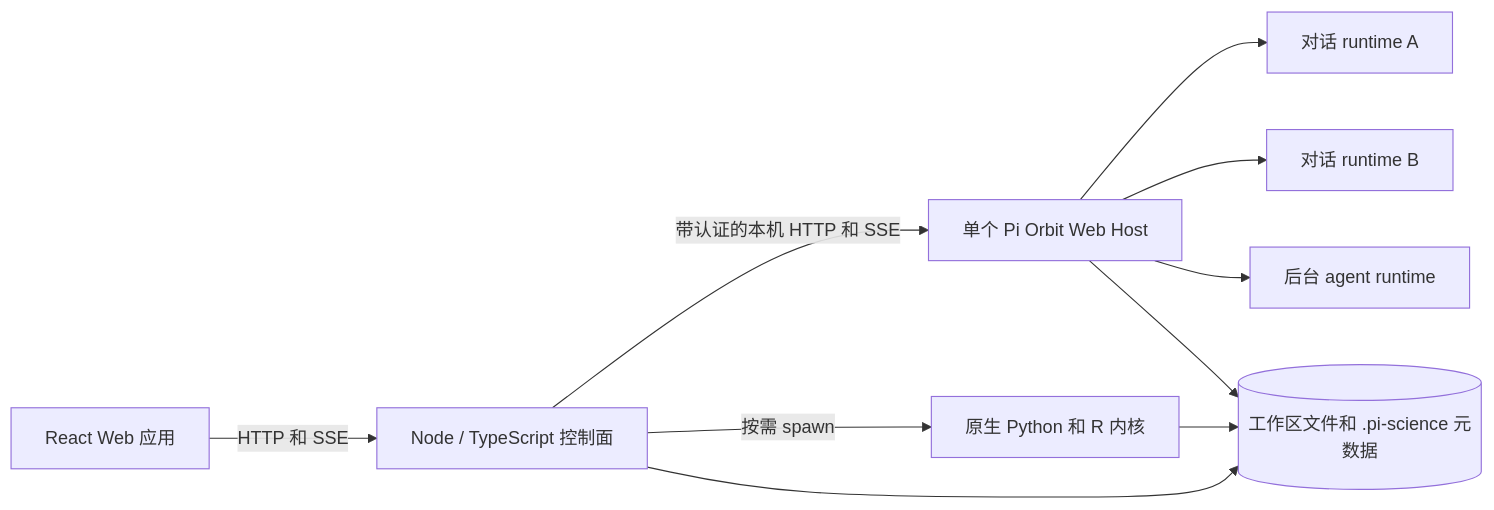
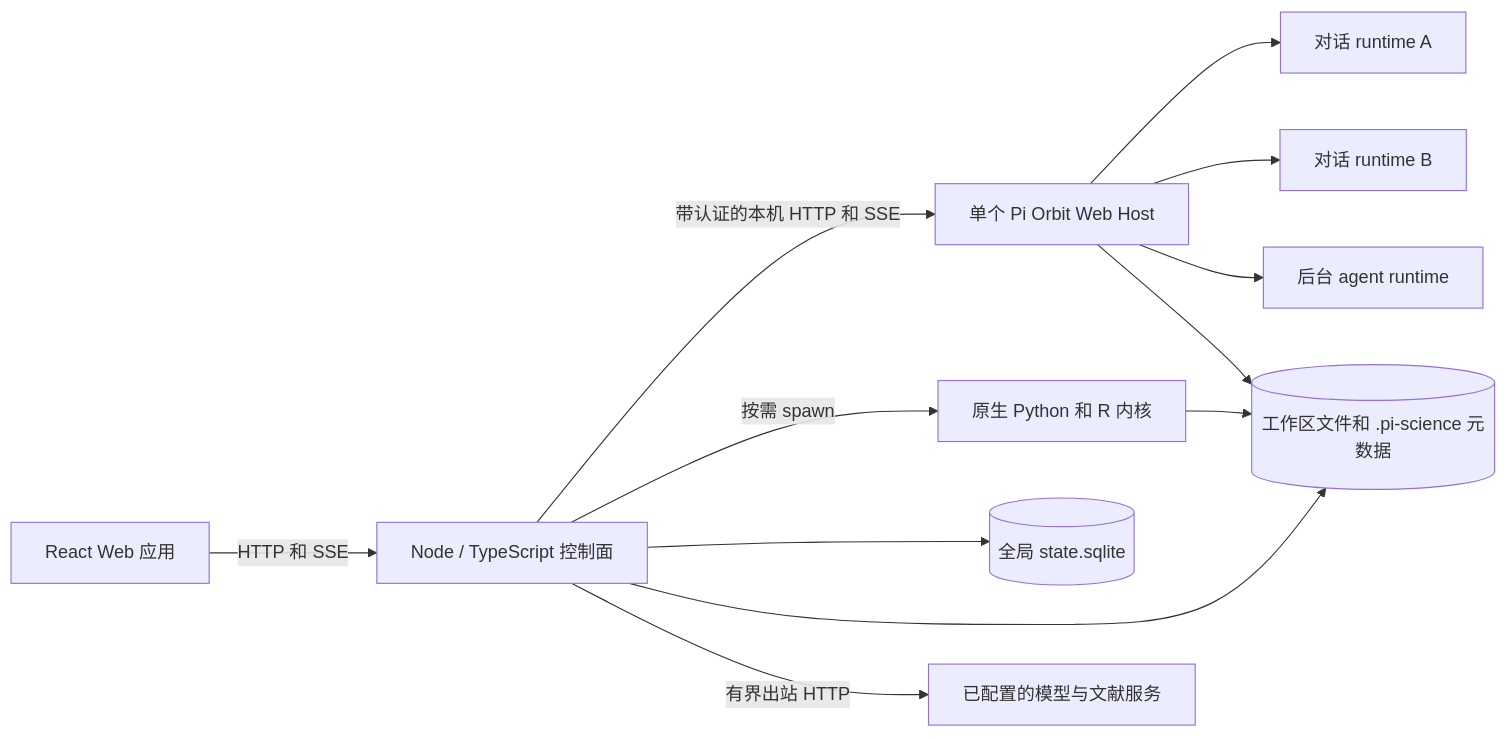
The first of 2 diagrams in docs/architecture.zh-CN.md (Garhorne0813/pi-science), drawn with Mermaid before and after one commit. The commit also changed other lines of this file and 6 other files, not shown here.

Commit message:
docs: align architecture and upgrade Pi Orbit to 0.3.0

````diff
--- a/docs/architecture.zh-CN.md
+++ b/docs/architecture.zh-CN.md
@@ -10,12 +10,14 @@
 ```mermaid
 flowchart LR
     UI[React Web 应用] -->|HTTP 和 SSE| CP[Node / TypeScript 控制面]
     CP -->|带认证的本机 HTTP 和 SSE| PH[单个 Pi Orbit Web Host]
     PH --> R1[对话 runtime A]
     PH --> R2[对话 runtime B]
     PH --> RN[后台 agent runtime]
     CP -->|按需 spawn| K[原生 Python 和 R 内核]
+    CP --> DB[(全局 state.sqlite)]
     CP --> WS[(工作区文件和 .pi-science 元数据)]
+    CP -->|有界出站 HTTP| EXT[已配置的模型与文献服务]
     PH --> WS
     K --> WS
 ```
````
